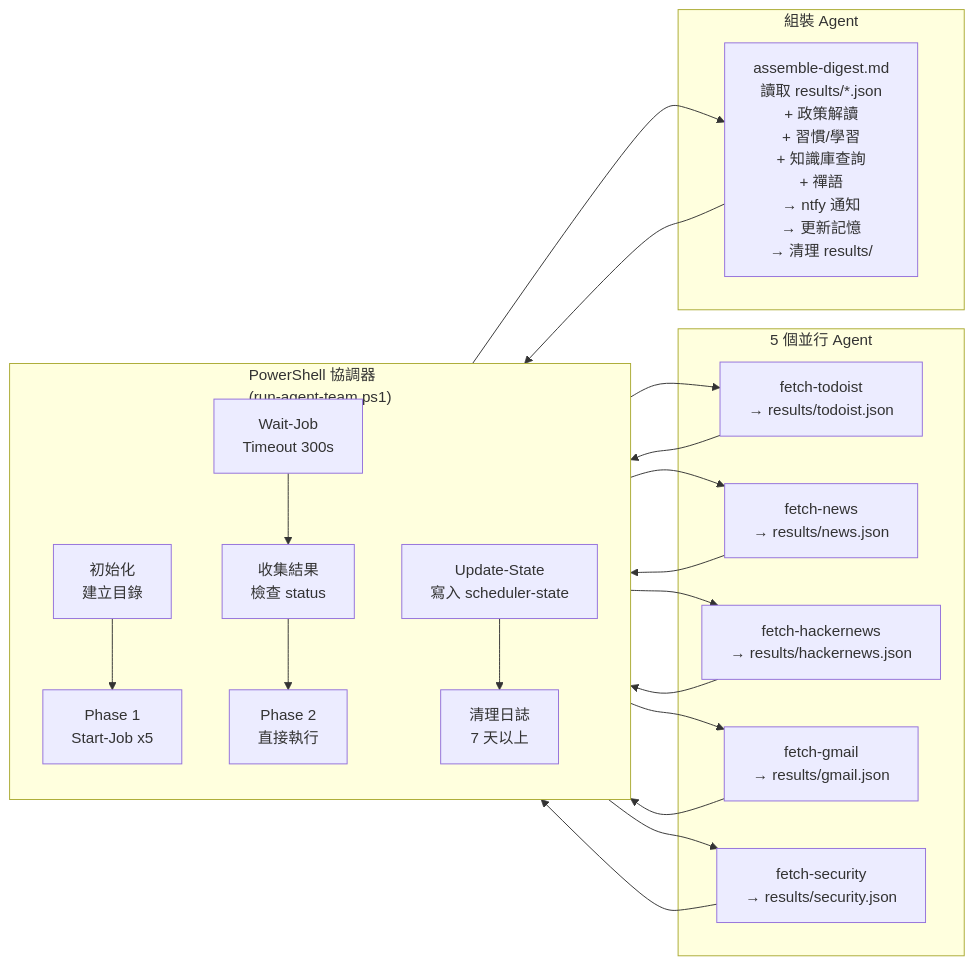
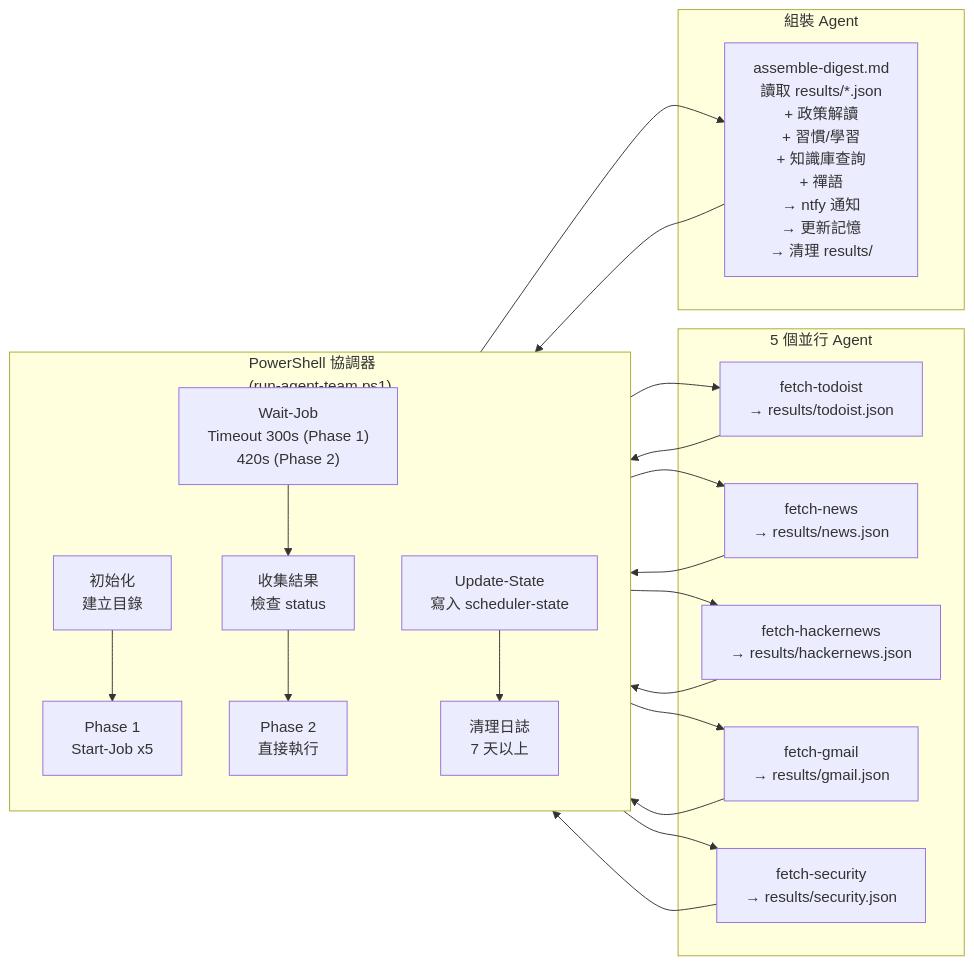
One commit to wangsc2024/daily-digest-prompt changed the fourth of 9 diagrams in specs/system-docs/ssd.md. Above: the diagram before and after it, drawn with Mermaid. The commit also changed other lines of this file and 51 other files, not shown here.

````diff
--- a/specs/system-docs/ssd.md
+++ b/specs/system-docs/ssd.md
@@ -987,34 +1095,34 @@
 ```mermaid
 flowchart LR
     subgraph PS["PowerShell 協調器<br/>(run-agent-team.ps1)"]
         direction TB
         Init["初始化<br/>建立目錄"]
         P1["Phase 1<br/>Start-Job x5"]
-        Wait["Wait-Job<br/>Timeout 300s"]
+        Wait["Wait-Job<br/>Timeout 300s (Phase 1)<br/>420s (Phase 2)"]
         Collect["收集結果<br/>檢查 status"]
         P2["Phase 2<br/>直接執行"]
         State["Update-State<br/>寫入 scheduler-state"]
         Clean["清理日誌<br/>7 天以上"]
     end
 
     subgraph Agents["5 個並行 Agent"]
         A1["fetch-todoist<br/>→ results/todoist.json"]
         A2["fetch-news<br/>→ results/news.json"]
         A3["fetch-hackernews<br/>→ results/hackernews.json"]
         A4["fetch-gmail<br/>→ results/gmail.json"]
         A5["fetch-security<br/>→ results/security.json"]
     end
 
     subgraph Assembly["組裝 Agent"]
         A6["assemble-digest.md<br/>讀取 results/*.json<br/>+ 政策解讀<br/>+ 習慣/學習<br/>+ 知識庫查詢<br/>+ 禪語<br/>→ ntfy 通知<br/>→ 更新記憶<br/>→ 清理 results/"]
     end
 
     Init --> P1
     P1 --> A1 & A2 & A3 & A4 & A5
     A1 & A2 & A3 & A4 & A5 --> Wait
     Wait --> Collect
     Collect --> P2
     P2 --> A6
     A6 --> State
     State --> Clean
 ```
````
